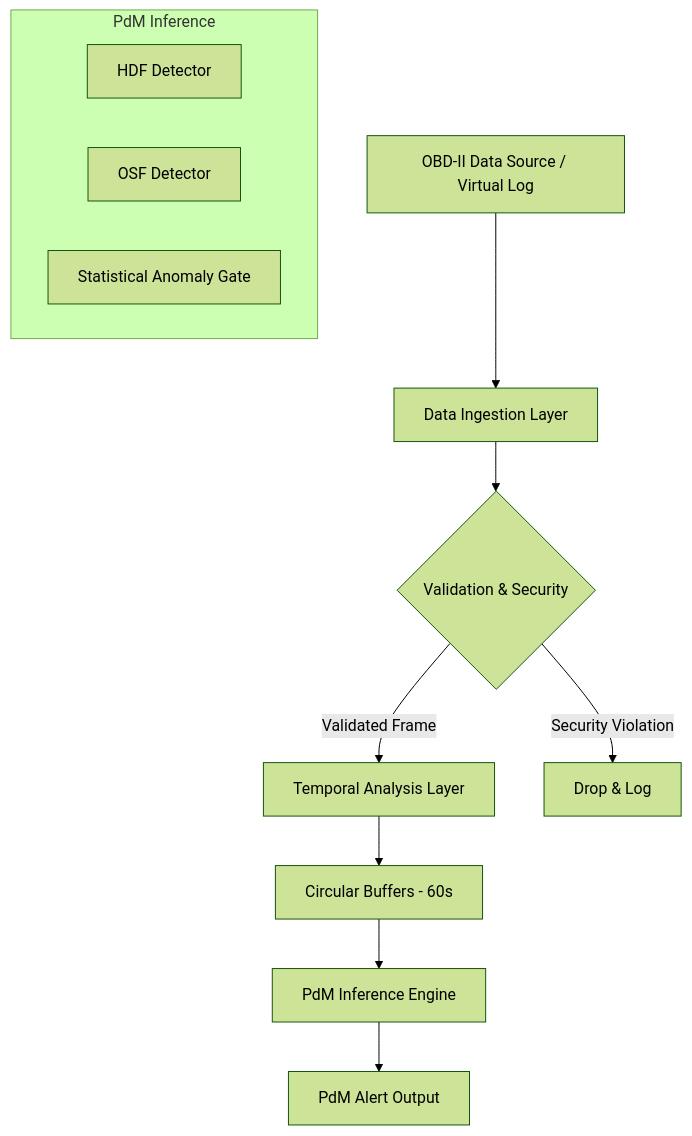
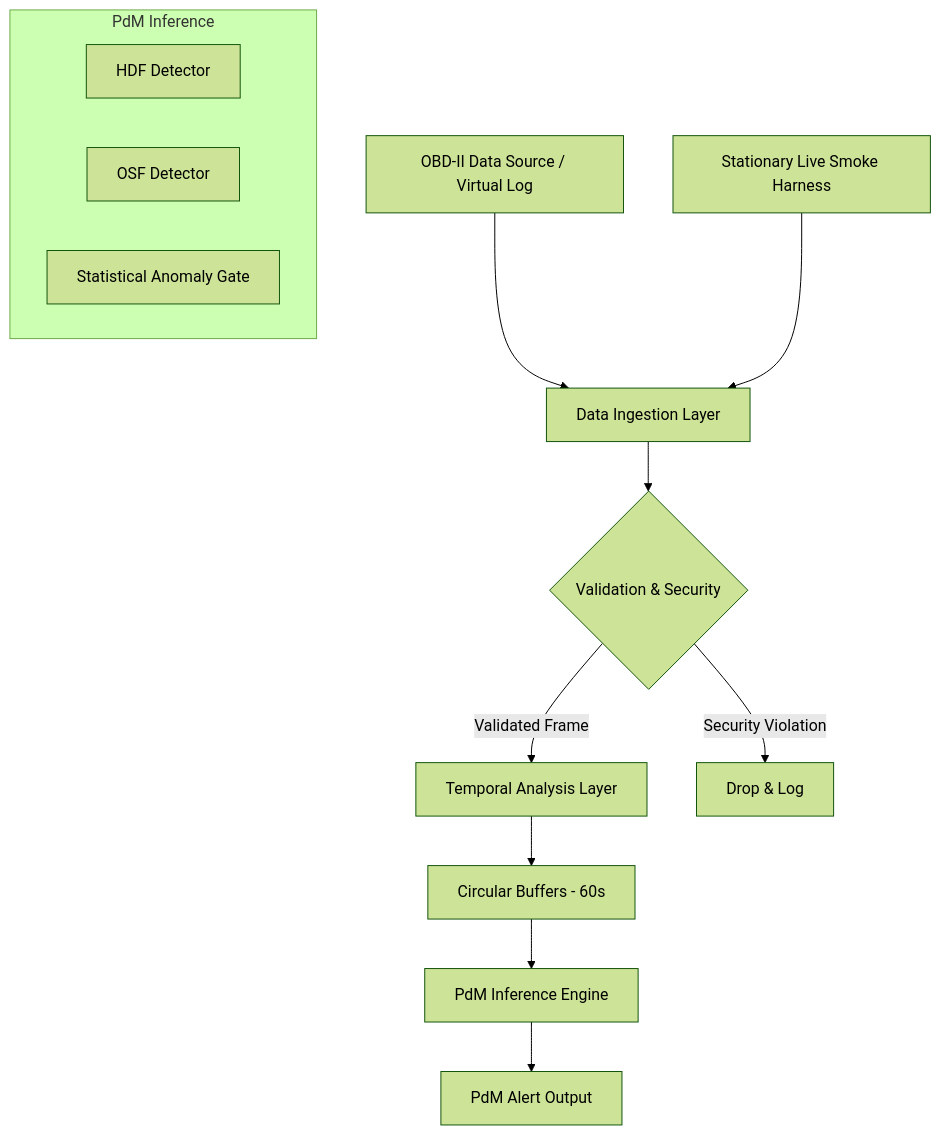
The diagram in grubby-galaxy/src/content/docs/reference/architecture.md (ajason13/autopulse), drawn with Mermaid (forest theme) before and after one commit. The commit also changed other lines of this file and 6 other files, not shown here.

Commit message:
Update smoke harness project status docs (#34)

````diff
--- a/grubby-galaxy/src/content/docs/reference/architecture.md
+++ b/grubby-galaxy/src/content/docs/reference/architecture.md
@@ -10,16 +10,17 @@
 ```mermaid
 graph TD
     A[OBD-II Data Source / Virtual Log] --> B[Data Ingestion Layer]
+    L[Stationary Live Smoke Harness] --> B
     B --> C{Validation & Security}
     C -- Validated Frame --> D[Temporal Analysis Layer]
     C -- Security Violation --> E[Drop & Log]
     D --> F[Circular Buffers - 60s]
     F --> G[PdM Inference Engine]
     G --> H[PdM Alert Output]
     
     subgraph "PdM Inference"
     G1[HDF Detector]
     G2[OSF Detector]
     G3[Statistical Anomaly Gate]
     end
 ```
````
